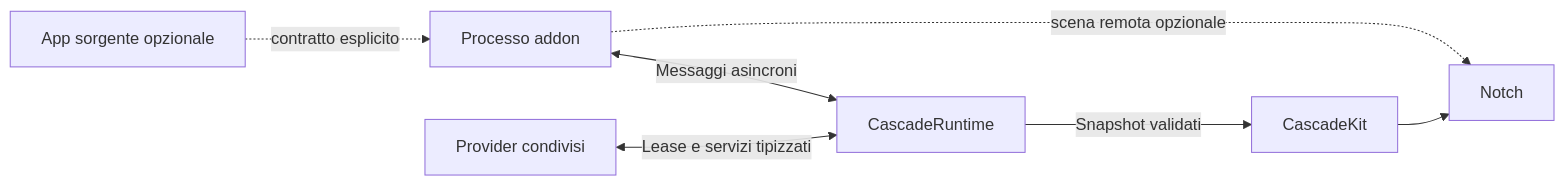
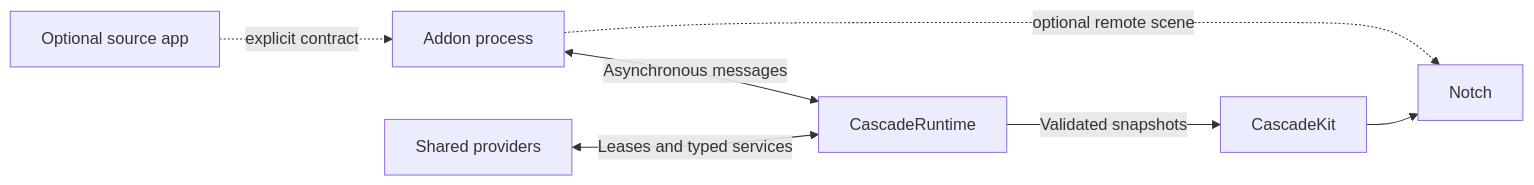
The diagram in docs/superpowers/specs/2026-09-09-addon-runtime-design.md (Hylo-dev/Cascade), drawn with Mermaid before and after one commit. The commit also changed other lines of this file and 211 other files, not shown here.

````diff
--- a/docs/superpowers/specs/2026-09-09-addon-runtime-design.md
+++ b/docs/superpowers/specs/2026-09-09-addon-runtime-design.md
@@ -109,9 +109,9 @@
 ```mermaid
 flowchart LR
-    A[App sorgente opzionale] -. contratto esplicito .-> P[Processo addon]
-    P <-->|Messaggi asincroni| R[CascadeRuntime]
-    S[Provider condivisi] <-->|Lease e servizi tipizzati| R
-    R -->|Snapshot validati| K[CascadeKit]
+    A[Optional source app] -. explicit contract .-> P[Addon process]
+    P <-->|Asynchronous messages| R[CascadeRuntime]
+    S[Shared providers] <-->|Leases and typed services| R
+    R -->|Validated snapshots| K[CascadeKit]
     K --> N[Notch]
-    P -. scena remota opzionale .-> N
+    P -. optional remote scene .-> N
 ```
````
